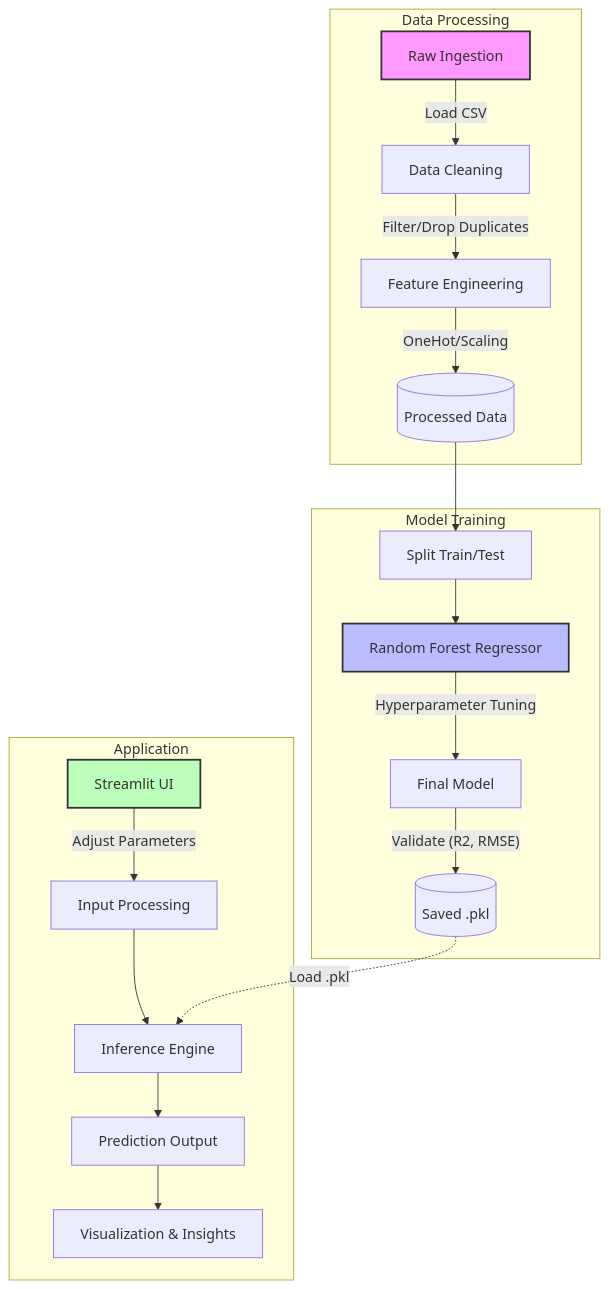
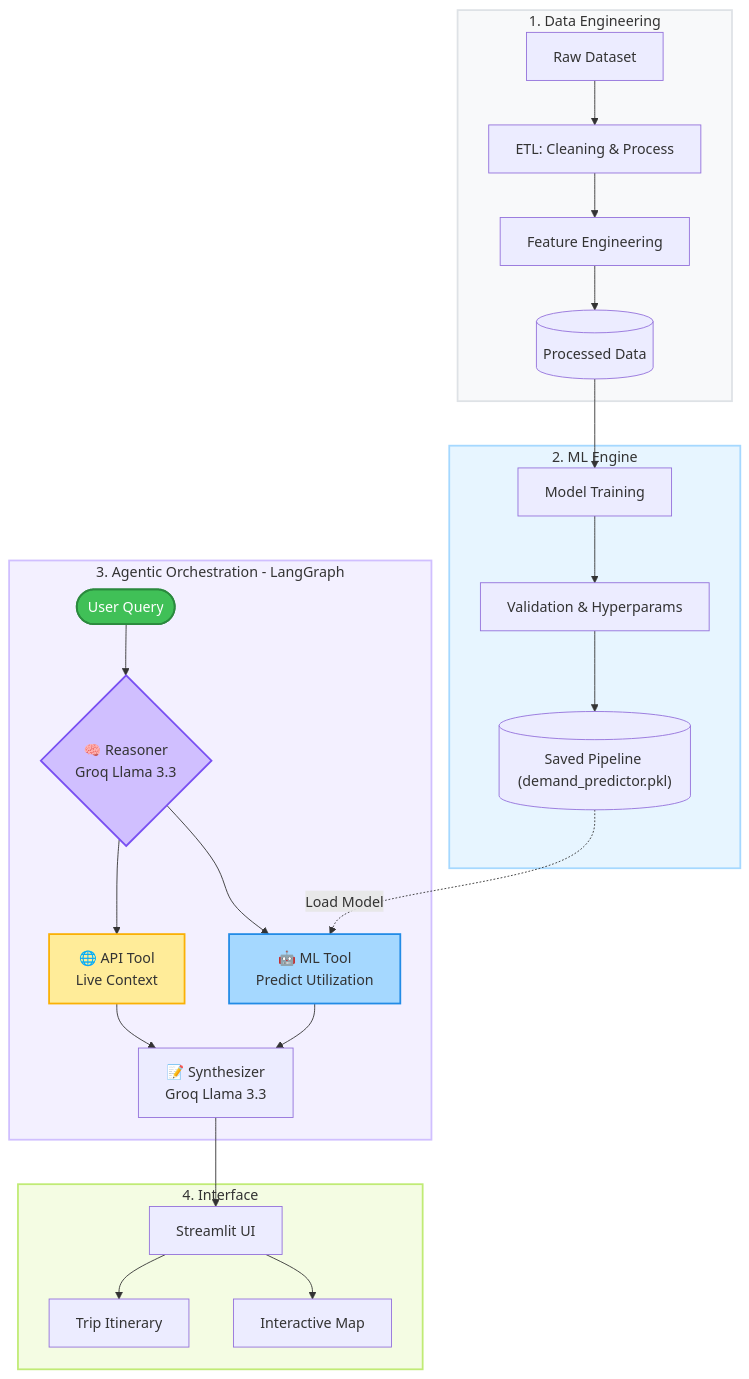
The diagram in report/system_architecture.mermaid (jaiswalsachin49/EV_Charging_Intelligence), drawn with Mermaid before and after one commit. The commit also changed 2 other files, not shown here.

Commit message:
Added System Architecture

```diff
--- a/report/system_architecture.mermaid
+++ b/report/system_architecture.mermaid
@@ -1,26 +1,41 @@
 graph TD
-    subgraph Data Processing
-        A[Raw Ingestion] -- Load CSV --> B[Data Cleaning]
-        B -- Filter/Drop Duplicates --> C[Feature Engineering]
-        C -- OneHot/Scaling --> D[(Processed Data)]
+    subgraph Data_Engineering [1. Data Engineering]
+        A[Raw Dataset] --> B[ETL: Cleaning & Process]
+        B --> C[Feature Engineering]
+        C --> D[(Processed Data)]
     end
 
-    subgraph Model Training
-        D --> E[Split Train/Test]
-        E --> F[Random Forest Regressor]
-        F -- Hyperparameter Tuning --> G[Final Model]
-        G -- "Validate (R2, RMSE)" --> H[("Saved .pkl")]
+    subgraph ML_Inference_Engine [2. ML Engine]
+        D --> E[Model Training]
+        E --> F[Validation & Hyperparams]
+        F --> G[("Saved Pipeline (demand_predictor.pkl)")]
     end
 
-    subgraph Application
-        I[Streamlit UI] -- Adjust Parameters --> J[Input Processing]
-        J --> K[Inference Engine]
-        K --> L[Prediction Output]
-        L --> M[Visualization & Insights]
+    subgraph Agentic_Orchestration [3. Agentic Orchestration - LangGraph]
+        Query([User Query]) --> Reasoner{🧠 Reasoner\nGroq Llama 3.3}
+        
+        Reasoner --> ML_Tool[🤖 ML Tool\nPredict Utilization]
+        Reasoner --> API_Tool[🌐 API Tool\nLive Context]
+        
+        ML_Tool --> Synth[📝 Synthesizer\nGroq Llama 3.3]
+        API_Tool --> Synth
+        
+        G -. Load Model .-> ML_Tool
     end
 
-    H -. "Load .pkl" .-> K
+    subgraph Interface [4. Interface]
+        Synth --> UI[Streamlit UI]
+        UI --> Map[Interactive Map]
+        UI --> Detail[Trip Itinerary]
+    end
 
-    style A fill:#f9f,stroke:#333,stroke-width:2px
-    style F fill:#bbf,stroke:#333,stroke-width:2px
-    style I fill:#bfb,stroke:#333,stroke-width:2px
+    %% Styling
+    style Data_Engineering fill:#f8f9fa,stroke:#dee2e6,stroke-width:2px
+    style ML_Inference_Engine fill:#e7f5ff,stroke:#a5d8ff,stroke-width:2px
+    style Agentic_Orchestration fill:#f3f0ff,stroke:#d0bfff,stroke-width:2px
+    style Interface fill:#f4fce3,stroke:#c0eb75,stroke-width:2px
+    
+    style Reasoner fill:#d0bfff,stroke:#7950f2,stroke-width:2px
+    style ML_Tool fill:#a5d8ff,stroke:#228be6,stroke-width:2px
+    style API_Tool fill:#ffec99,stroke:#fab005,stroke-width:2px
+    style Query fill:#40c057,stroke:#2b8a3e,stroke-width:2px,color:#fff
```
